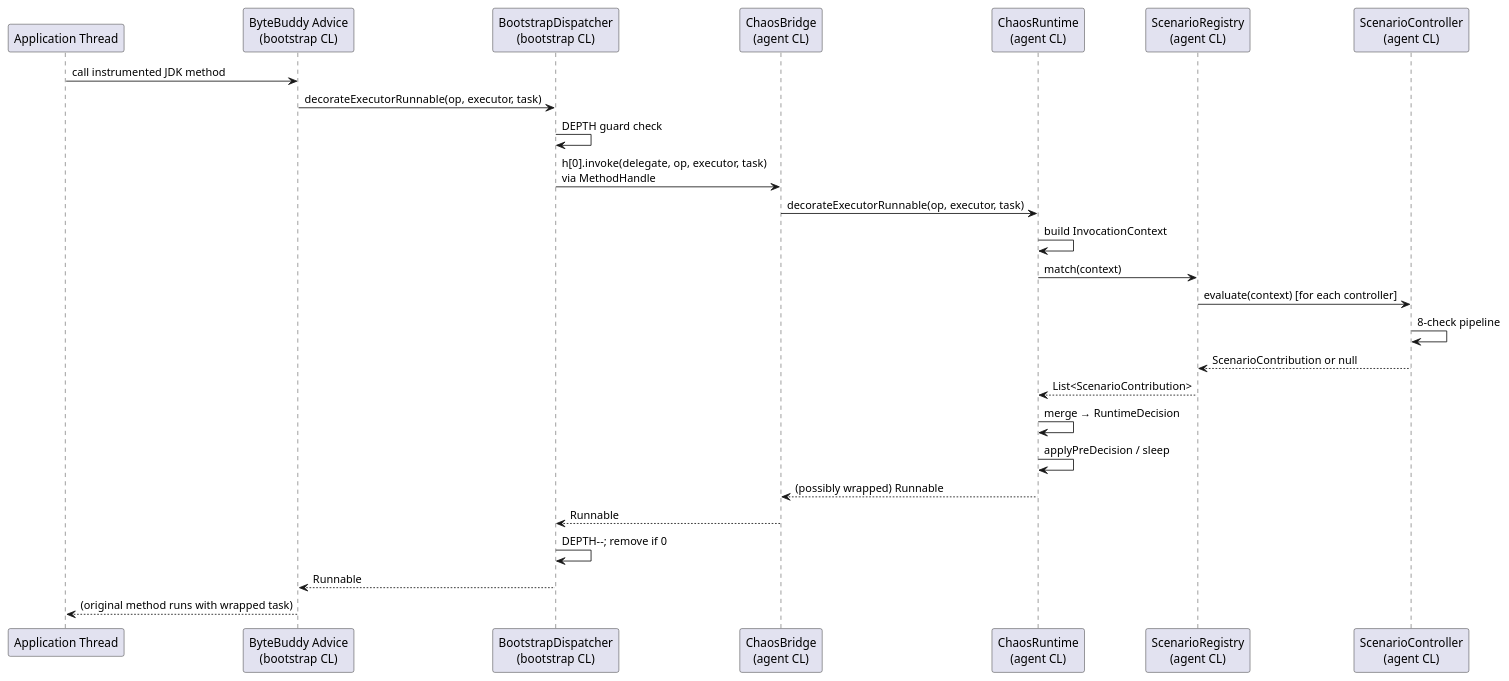
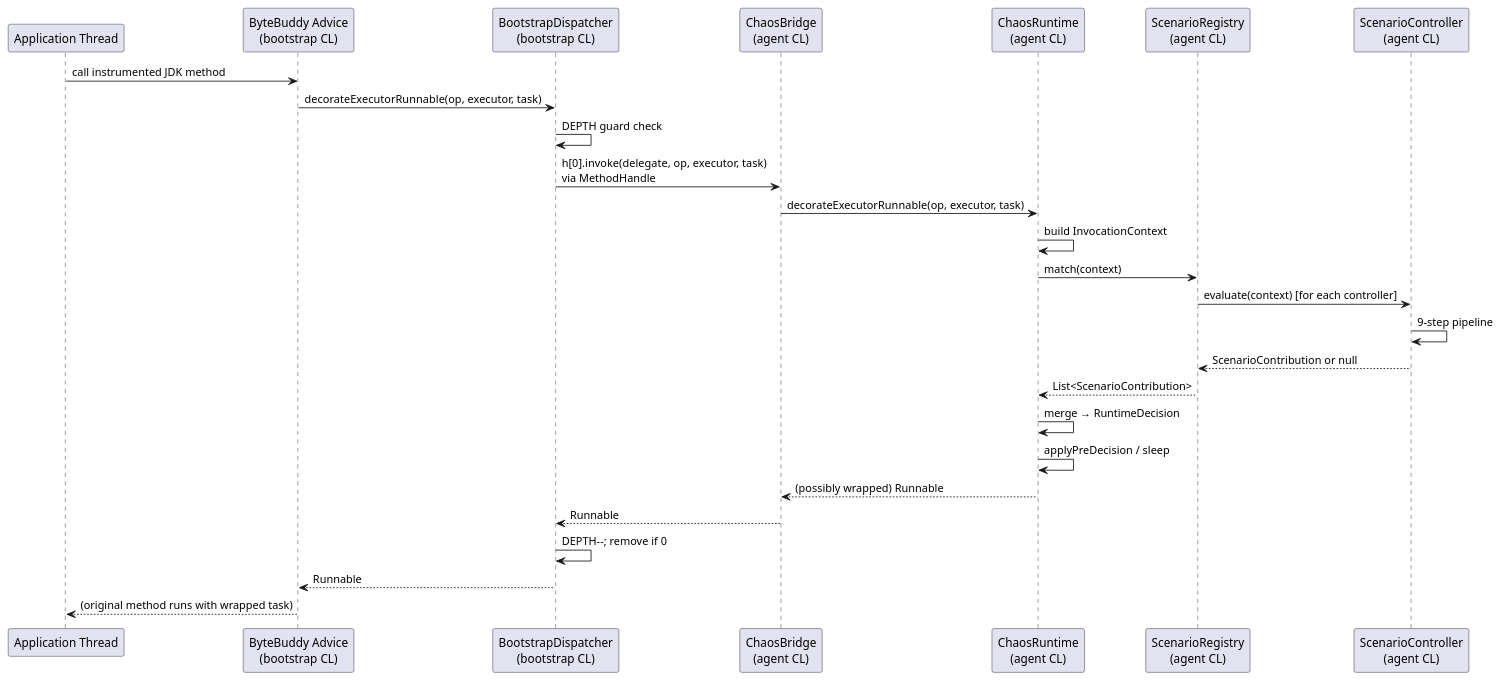
The second of 4 diagrams in docs/overall-agent.md (macstab/macstab-chaos-jvm-agent), drawn with PlantUML before and after one commit. The commit also changed other lines of this file and 6 other files, not shown here.

````diff
--- a/docs/overall-agent.md
+++ b/docs/overall-agent.md
@@ -285,30 +285,30 @@
 ```plantuml
 @startuml
 participant "Application Thread" as T
 participant "ByteBuddy Advice\n(bootstrap CL)" as A
 participant "BootstrapDispatcher\n(bootstrap CL)" as BD
 participant "ChaosBridge\n(agent CL)" as CB
 participant "ChaosRuntime\n(agent CL)" as CR
 participant "ScenarioRegistry\n(agent CL)" as SR
 participant "ScenarioController\n(agent CL)" as SC
 
 T -> A: call instrumented JDK method
 A -> BD: decorateExecutorRunnable(op, executor, task)
 BD -> BD: DEPTH guard check
 BD -> CB: h[0].invoke(delegate, op, executor, task)\nvia MethodHandle
 CB -> CR: decorateExecutorRunnable(op, executor, task)
 CR -> CR: build InvocationContext
 CR -> SR: match(context)
 SR -> SC: evaluate(context) [for each controller]
-SC -> SC: 8-check pipeline
+SC -> SC: 9-step pipeline
 SC --> SR: ScenarioContribution or null
 SR --> CR: List<ScenarioContribution>
 CR -> CR: merge → RuntimeDecision
 CR -> CR: applyPreDecision / sleep
 CR --> CB: (possibly wrapped) Runnable
 CB --> BD: Runnable
 BD -> BD: DEPTH--; remove if 0
 BD --> A: Runnable
 A --> T: (original method runs with wrapped task)
 @enduml
 ```
````
